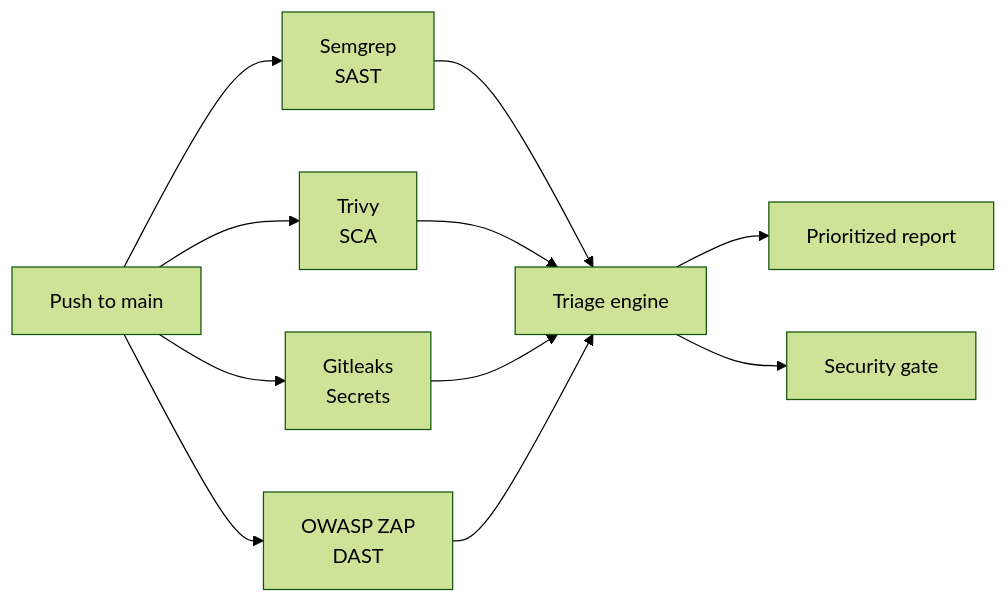
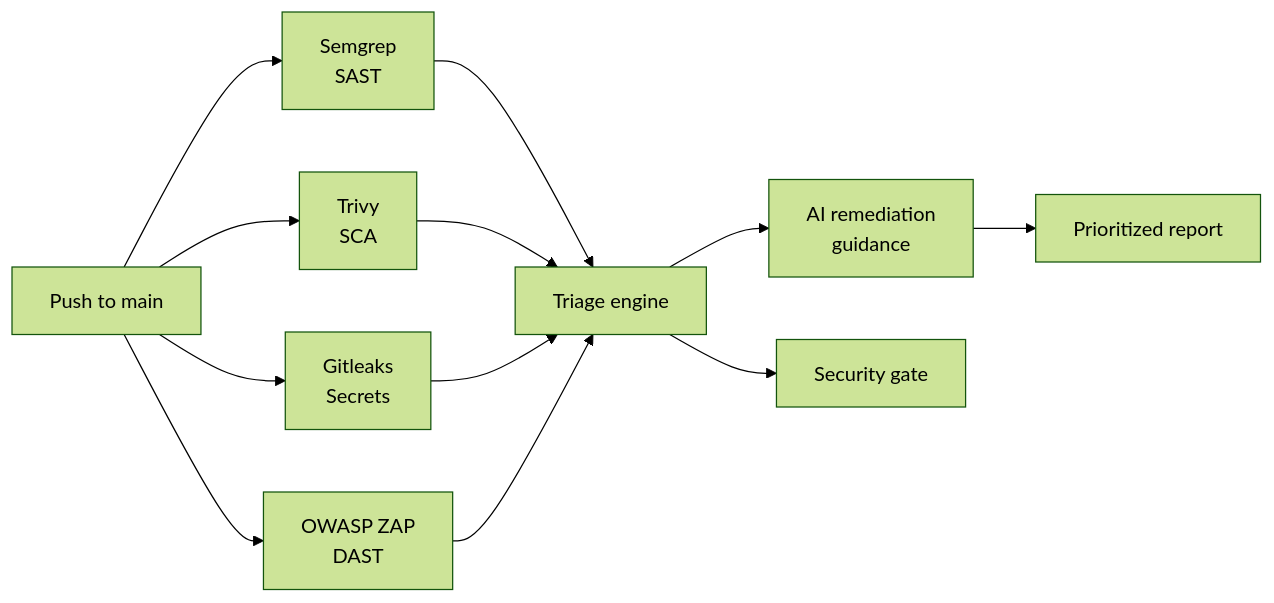
The diagram in README.md (tmutyala98/vuln-triage-pipeline), drawn with Mermaid (forest theme) before and after one commit. The commit also changed other lines of this file, not shown here.

Commit message:
Show AI step in diagram and local run instructions

````diff
--- a/README.md
+++ b/README.md
@@ -15,13 +15,14 @@
 ```mermaid
 flowchart LR
     A[Push to main] --> B[Semgrep<br>SAST]
     A --> C[Trivy<br>SCA]
     A --> D[Gitleaks<br>Secrets]
     A --> E[OWASP ZAP<br>DAST]
     B --> F[Triage engine]
     C --> F
     D --> F
     E --> F
-    F --> G[Prioritized report]
+    F --> I[AI remediation<br>guidance]
+    I --> G[Prioritized report]
     F --> H[Security gate]
 ```
````
